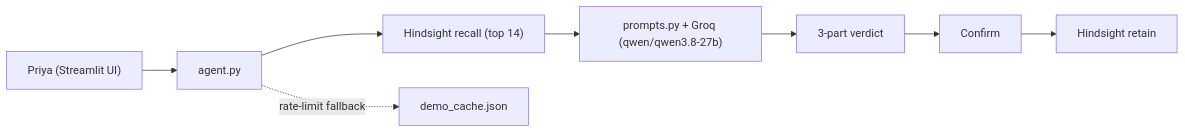
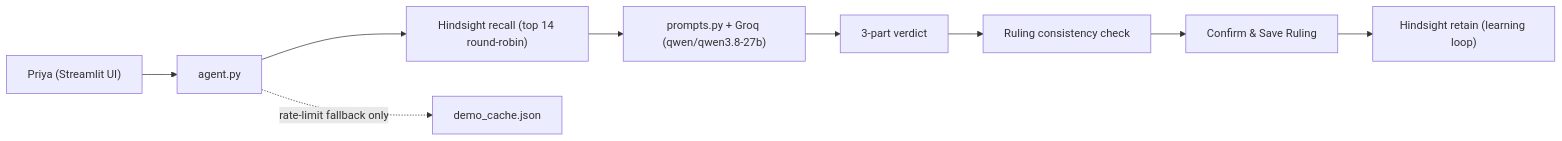
One commit to KATRAVATHRAJESH-04/shyft-swap-mediator changed the diagram in README.md. Above: the diagram before and after it, drawn with Mermaid. The commit also changed other lines of this file and 10 other files, not shown here.

````diff
--- a/README.md
+++ b/README.md
@@ -11,10 +11,11 @@
 ```mermaid
 flowchart LR
     Priya["Priya (Streamlit UI)"] --> Agent["agent.py"]
-    Agent --> Recall["Hindsight recall (top 14)"]
+    Agent --> Recall["Hindsight recall (top 14 round-robin)"]
     Recall --> LLM["prompts.py + Groq (qwen/qwen3.8-27b)"]
     LLM --> Verdict["3-part verdict"]
-    Verdict --> Confirm["Confirm"]
-    Confirm --> Retain["Hindsight retain"]
-    Agent -. "rate-limit fallback" .-> Cache["demo_cache.json"]
+    Verdict --> Consistency["Ruling consistency check"]
+    Consistency --> Confirm["Confirm & Save Ruling"]
+    Confirm --> Retain["Hindsight retain (learning loop)"]
+    Agent -. "rate-limit fallback only" .-> Cache["demo_cache.json"]
 ```
````
